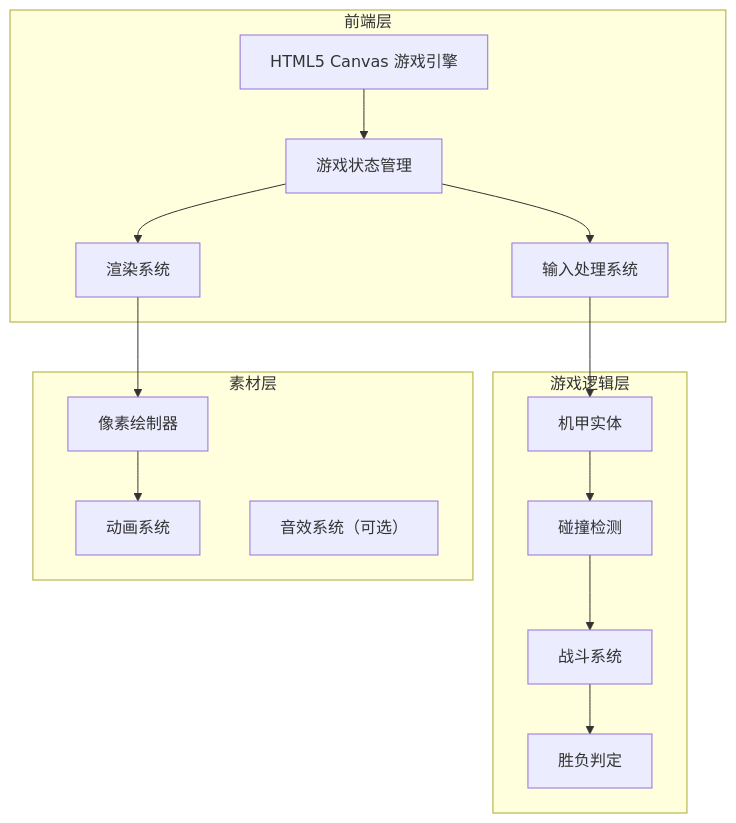
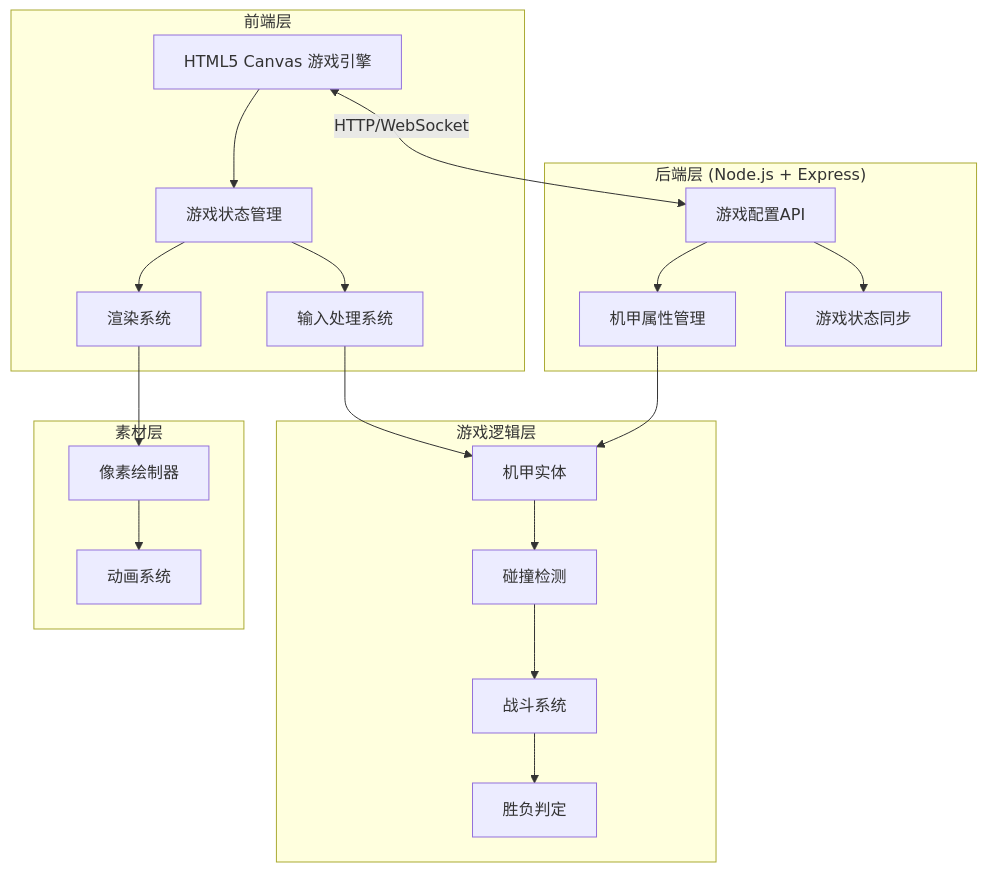
One commit to auraro1111-star/aurora.github.io- changed the first of 2 diagrams in .trae/documents/tech-architecture.md. Above: the diagram before and after it, drawn with Mermaid. The commit also changed other lines of this file and 7 other files, not shown here.

````diff
--- a/.trae/documents/tech-architecture.md
+++ b/.trae/documents/tech-architecture.md
@@ -5,32 +5,42 @@
 ```mermaid
 flowchart TB
     subgraph Frontend["前端层"]
         A["HTML5 Canvas 游戏引擎"]
         B["游戏状态管理"]
         C["输入处理系统"]
         D["渲染系统"]
     end
     
+    subgraph Backend["后端层 (Node.js + Express)"]
+        E["游戏配置API"]
+        F["机甲属性管理"]
+        G["游戏状态同步"]
+    end
+    
     subgraph GameLogic["游戏逻辑层"]
-        E["机甲实体"]
-        F["碰撞检测"]
-        G["战斗系统"]
-        H["胜负判定"]
+        H["机甲实体"]
+        I["碰撞检测"]
+        J["战斗系统"]
+        K["胜负判定"]
     end
     
     subgraph Assets["素材层"]
-        I["像素绘制器"]
-        J["动画系统"]
-        K["音效系统（可选）"]
+        L["像素绘制器"]
+        M["动画系统"]
     end
     
     A --> B
     B --> C
-    C --> E
+    C --> H
+    H --> I
+    I --> J
+    J --> K
+    B --> D
+    D --> L
+    L --> M
+    
+    A <-->|"HTTP/WebSocket"| E
     E --> F
-    F --> G
-    G --> H
-    B --> D
-    D --> I
-    I --> J
+    E --> G
+    F --> H
 ```
````
